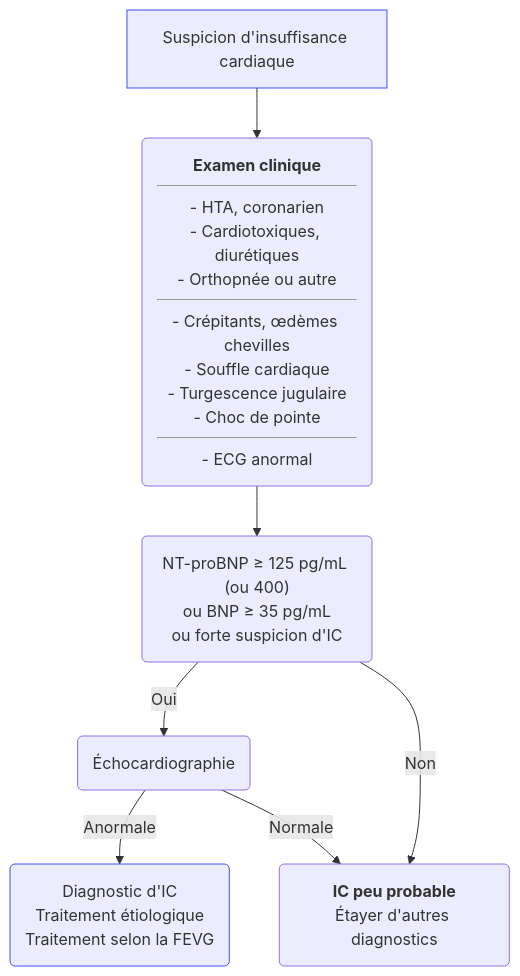
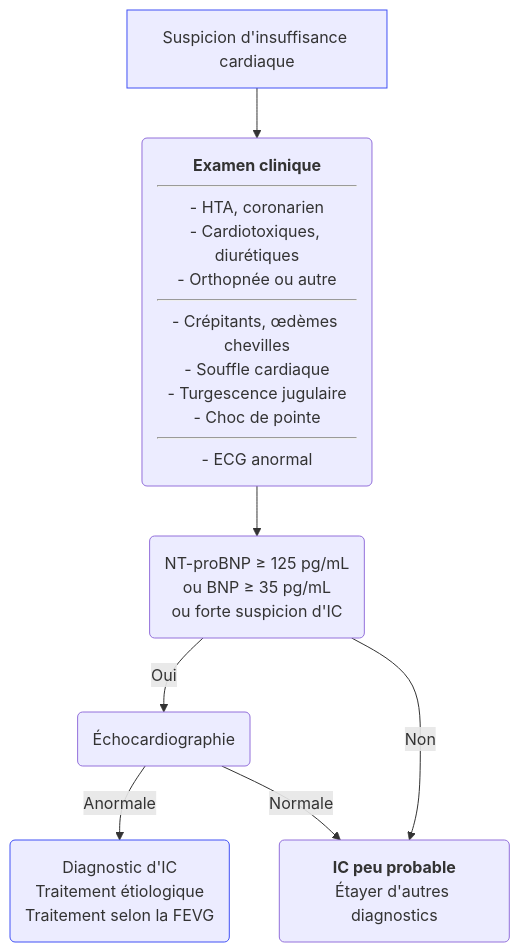
Before and after one commit to djibe/recommandations-medicales: the first of 2 diagrams in content/recommandations/insuffisance-cardiaque-chronique.md, drawn with Mermaid. The commit also changed other lines of this file and 16 other files, not shown here.

```diff
--- a/content/recommandations/insuffisance-cardiaque-chronique.md
+++ b/content/recommandations/insuffisance-cardiaque-chronique.md
@@ -435,12 +444,12 @@
 {{< mermaid title="Prise en charge pour le diagnostic de l'insuffisance cardiaque chronique. Dr JB Fron d'après ESC 2021" >}}
 graph TB
 suspicion[Suspicion d'insuffisance cardiaque]
 style suspicion stroke:#4150f5, stroke-width:1px
   suspicion --> clinique("<b>Examen clinique</b><hr>- HTA, coronarien<br>- Cardiotoxiques, diurétiques<br>- Orthopnée ou autre<hr>- Crépitants, œdèmes chevilles<br>- Souffle cardiaque<br>- Turgescence jugulaire<br>- Choc de pointe<hr>- ECG anormal")
-    clinique --> BNP("NT-proBNP ≥ 125 pg/mL (ou 400)<br>ou BNP ≥ 35 pg/mL<br>ou forte suspicion d'IC")
+    clinique --> BNP("NT-proBNP ≥ 125 pg/mL<br>ou BNP ≥ 35 pg/mL<br>ou forte suspicion d'IC")
       BNP -- Oui --> ETT(Échocardiographie)
         ETT -- Anormale --> diagnostic("Diagnostic d'IC<br>Traitement étiologique<br>Traitement selon la FEVG")
         style diagnostic stroke:#4150f5, stroke-width:1px
         ETT -- Normale --> differentiel("<b>IC peu probable</b><br>Étayer d'autres diagnostics")
       BNP -- Non --> differentiel
 {{< /mermaid >}}
```
